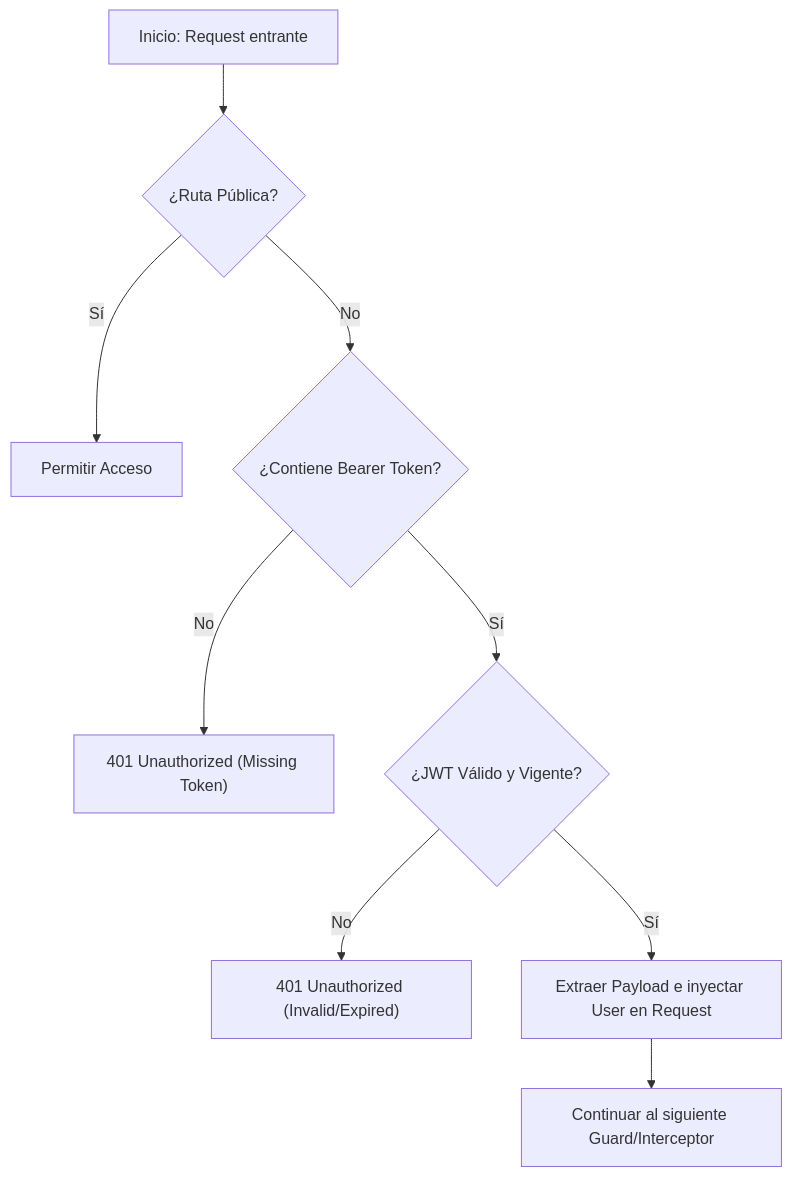
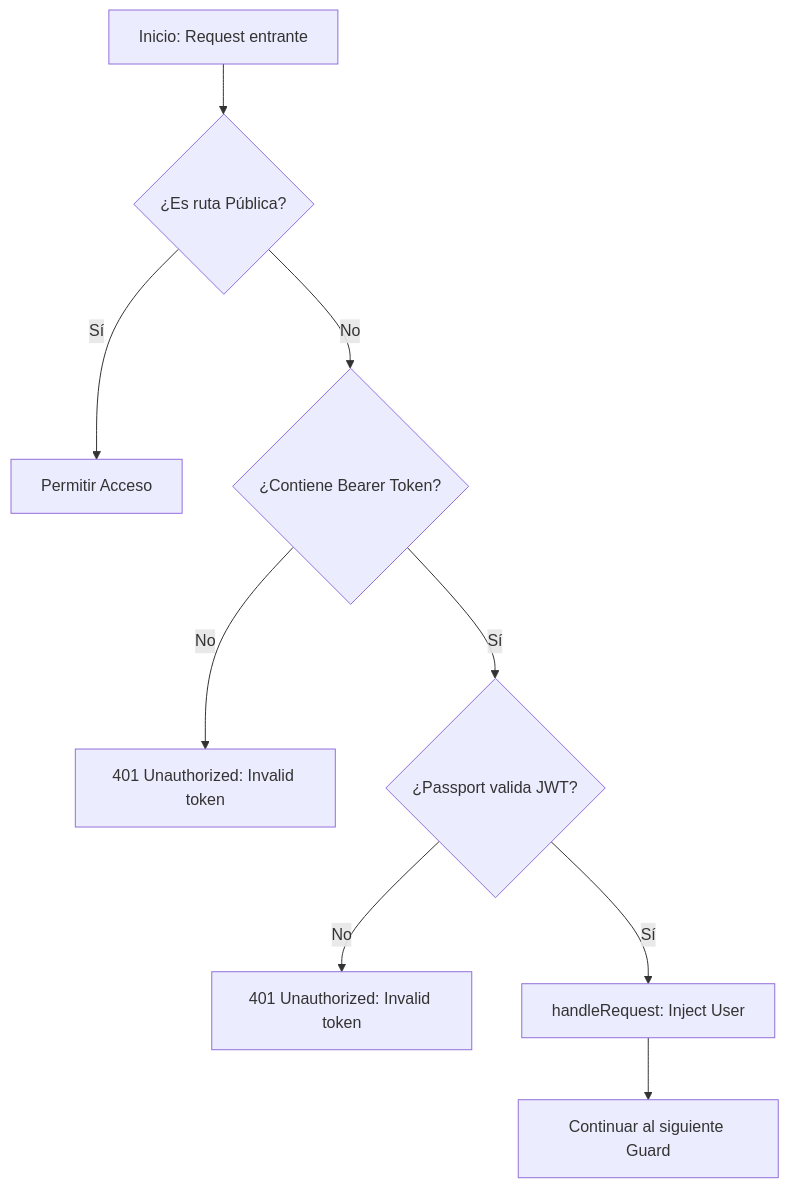
Before and after one commit to freddyhcode/nestjs-auth-boilerplate: the diagram in docs/jwt-auth.md, drawn with Mermaid. The commit also changed 12 other files, not shown here.

````diff
--- a/docs/jwt-auth.md
+++ b/docs/jwt-auth.md
@@ -3,11 +3,11 @@
 ```mermaid
-graph TD
-    A[Inicio: Request entrante] --> B{¿Ruta Pública?}
+flowchart TD
+    A[Inicio: Request entrante] --> B{¿Es ruta Pública?}
     B -- Sí --> C[Permitir Acceso]
     B -- No --> D{¿Contiene Bearer Token?}
-    D -- No --> E["401 Unauthorized (Missing Token)"]
-    D -- Sí --> F{¿JWT Válido y Vigente?}
-    F -- No --> G["401 Unauthorized (Invalid/Expired)"]
-    F -- Sí --> H[Extraer Payload e inyectar User en Request]
-    H --> I[Continuar al siguiente Guard/Interceptor]
+    D -- No --> E["401 Unauthorized: Invalid token"]
+    D -- Sí --> F{¿Passport valida JWT?}
+    F -- No --> G["401 Unauthorized: Invalid token"]
+    F -- Sí --> H[handleRequest: Inject User]
+    H --> I[Continuar al siguiente Guard]
 ```
````
